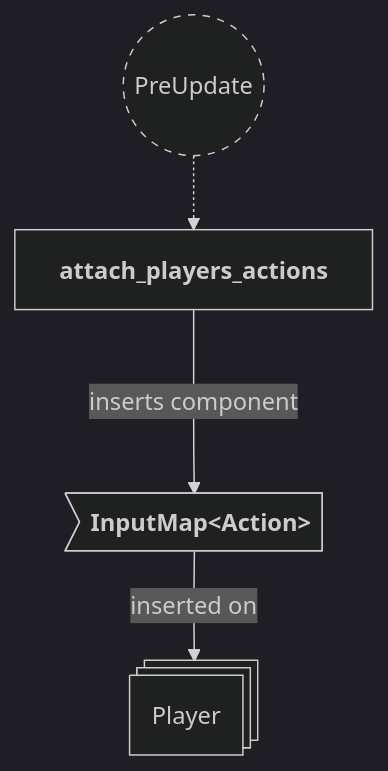
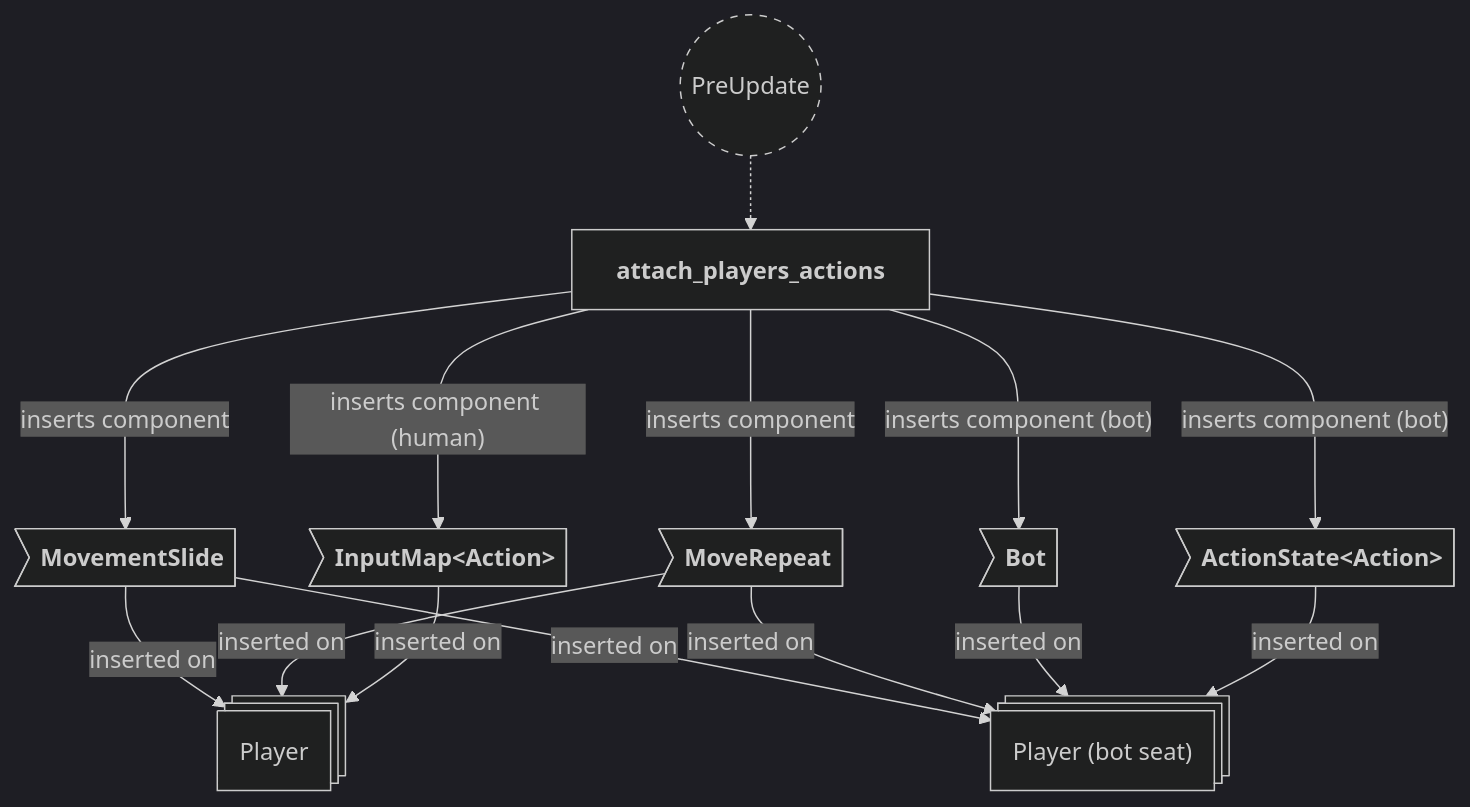
Before and after one commit to neurosoup/tyled: the second of 8 diagrams in backlog/docs/doc-2 - 002-Input-plugin.md, drawn with Mermaid. The commit also changed other lines of this file and 16 other files, not shown here.

````diff
--- a/backlog/docs/doc-2 - 002-Input-plugin.md
+++ b/backlog/docs/doc-2 - 002-Input-plugin.md
@@ -123,22 +92,38 @@
 ```mermaid
 ---
 config:
   theme: dark
 ---
 
 flowchart TD
 classDef system-group stroke-dasharray: 5 5
 
 preupdate(("`PreUpdate`")):::system-group
 attach_players_actions["`**attach_players_actions**`"]
 
 preupdate -.-> attach_players_actions
 
 player_entity@{ shape: st-rect, label: "Player" }
+bot_player_entity@{ shape: st-rect, label: "Player (bot seat)" }
 
 pe_input_map>"`**InputMap#60;Action#62;**`"]
+pe_action_state>"`**ActionState#60;Action#62;**`"]
+pe_bot>"`**Bot**`"]
+pe_move_repeat>"`**MoveRepeat**`"]
+pe_slide>"`**MovementSlide**`"]
 
 pe_input_map --> |inserted on| player_entity
+pe_move_repeat --> |inserted on| player_entity
+pe_slide --> |inserted on| player_entity
 
-attach_players_actions ---> |inserts component| pe_input_map
+pe_action_state --> |inserted on| bot_player_entity
+pe_bot --> |inserted on| bot_player_entity
+pe_move_repeat --> |inserted on| bot_player_entity
+pe_slide --> |inserted on| bot_player_entity
+
+attach_players_actions ---> |"inserts component (human)"| pe_input_map
+attach_players_actions ---> |"inserts component (bot)"| pe_action_state
+attach_players_actions ---> |"inserts component (bot)"| pe_bot
+attach_players_actions ---> |inserts component| pe_move_repeat
+attach_players_actions ---> |inserts component| pe_slide
 ```
````
